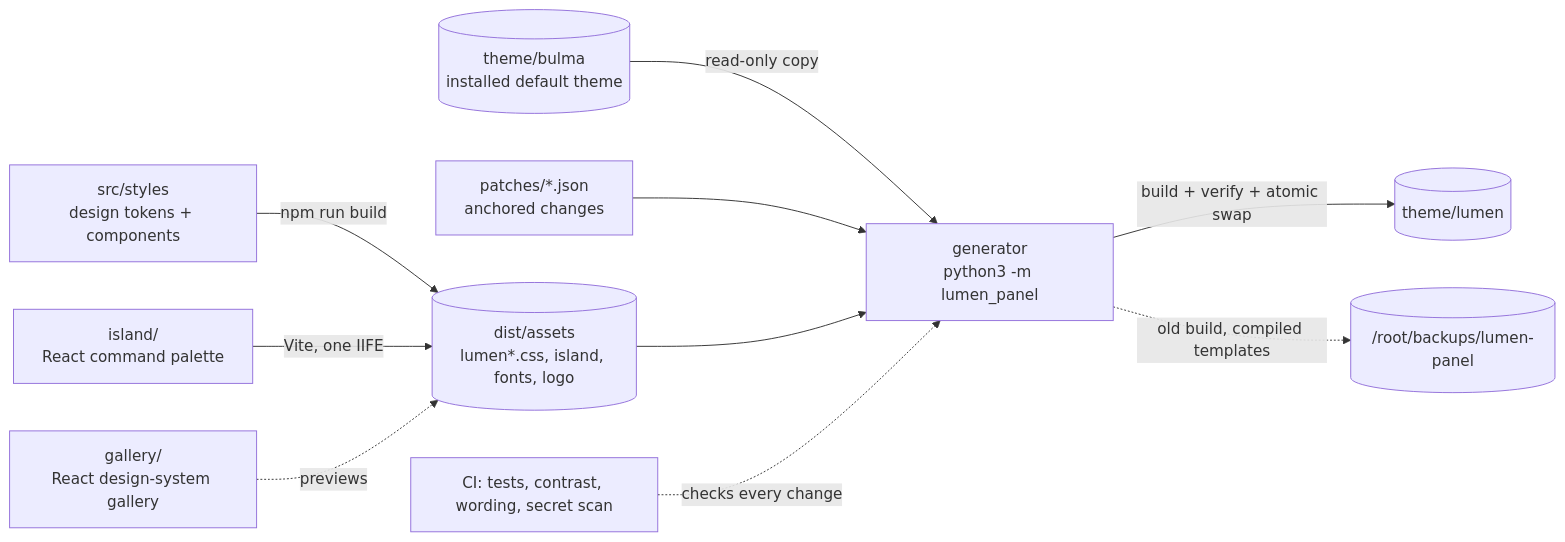
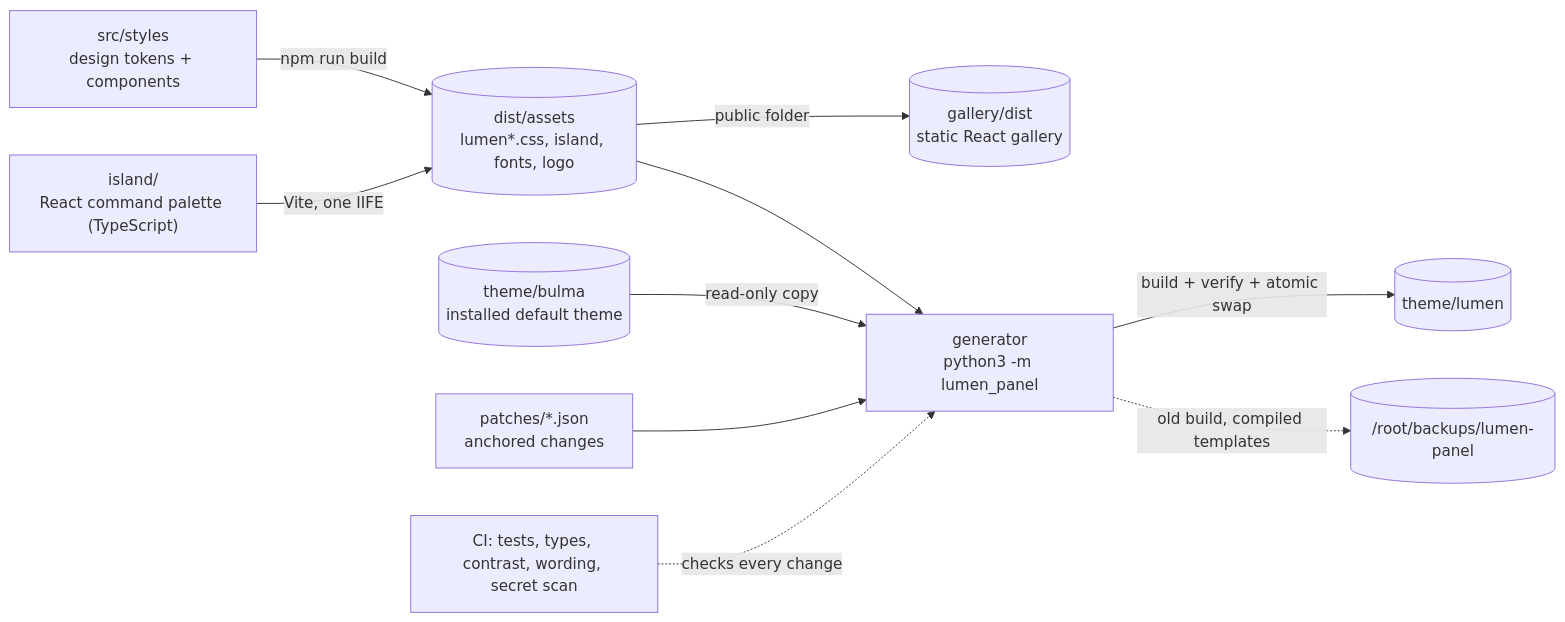
Before and after one commit to luminare-dev/lumen-panel: the diagram in README.md, drawn with Mermaid. The commit also changed other lines of this file and 4 other files, not shown here.

````diff
--- a/README.md
+++ b/README.md
@@ -52,12 +78,12 @@
 ```mermaid
 flowchart LR
     src["src/styles<br/>design tokens + components"] -->|"npm run build"| dist[("dist/assets<br/>lumen*.css, island, fonts, logo")]
-    island["island/<br/>React command palette"] -->|"Vite, one IIFE"| dist
-    gallery["gallery/<br/>React design-system gallery"] -.->|"previews"| dist
+    island["island/<br/>React command palette (TypeScript)"] -->|"Vite, one IIFE"| dist
+    dist -->|"public folder"| gallery[("gallery/dist<br/>static React gallery")]
     bulma[("theme/bulma<br/>installed default theme")] -->|"read-only copy"| gen["generator<br/>python3 -m lumen_panel"]
     patches["patches/*.json<br/>anchored changes"] --> gen
     dist --> gen
     gen -->|"build + verify + atomic swap"| lumen[("theme/lumen")]
     gen -.->|"old build, compiled templates"| backup[("/root/backups/lumen-panel")]
-    ci["CI: tests, contrast, wording, secret scan"] -.->|"checks every change"| gen
+    ci["CI: tests, types, contrast, wording, secret scan"] -.->|"checks every change"| gen
 ```
````
